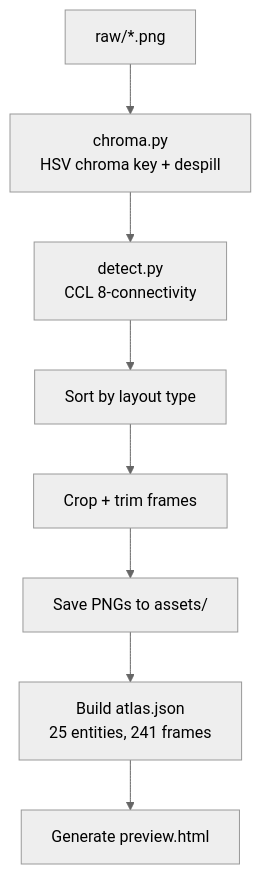
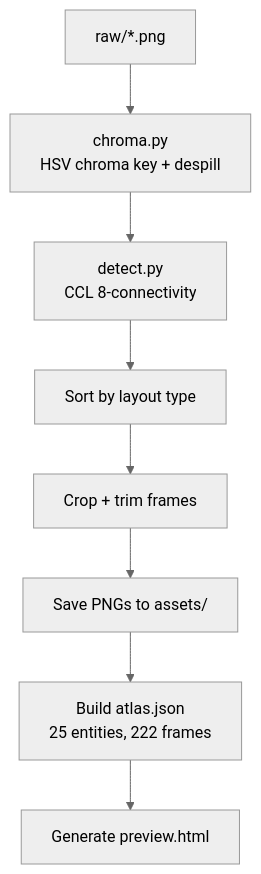
The sixth of 6 diagrams in README.md (Andy00L/Earshot), drawn with Mermaid (neutral theme) before and after one commit. The commit also changed other lines of this file and 33 other files, not shown here.

````diff
--- a/README.md
+++ b/README.md
@@ -326,10 +340,10 @@
 ```mermaid
 flowchart TD
     RAW[raw/*.png] --> CHROMA[chroma.py<br>HSV chroma key + despill]
     CHROMA --> DETECT[detect.py<br>CCL 8-connectivity]
     DETECT --> SORT[Sort by layout type]
     SORT --> CROP[Crop + trim frames]
     CROP --> SAVE[Save PNGs to assets/]
-    SAVE --> ATLAS[Build atlas.json<br>25 entities, 241 frames]
+    SAVE --> ATLAS[Build atlas.json<br>25 entities, 222 frames]
     ATLAS --> PREVIEW[Generate preview.html]
 ```
````
